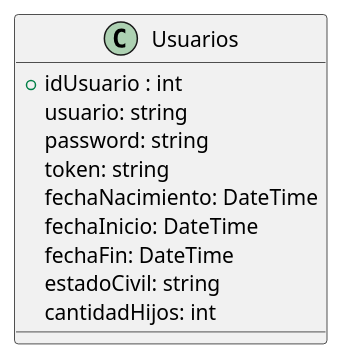
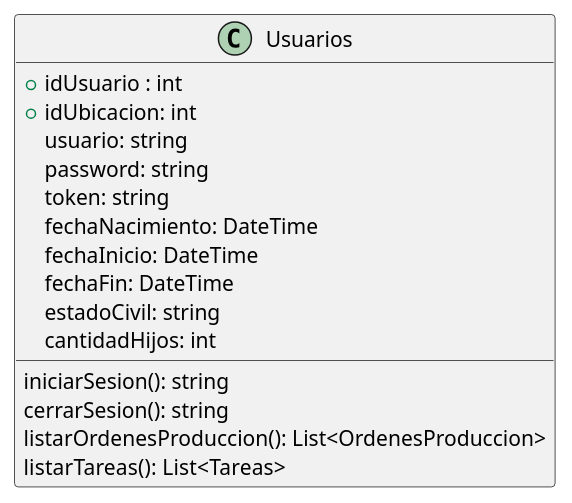
The diagram in DiagramaClases/Clases/Usuarios.puml (ZMGestion/DocumentacionZMGestion), drawn with PlantUML before and after one commit. The commit also changed 48 other files, not shown here.

Commit message:
Nuevo metodos diagrama de clases

```diff
--- a/DiagramaClases/Clases/Usuarios.puml
+++ b/DiagramaClases/Clases/Usuarios.puml
@@ -1,13 +1,19 @@
 @startuml Usuarios
 class Usuarios {
    +idUsuario : int
+   +idUbicacion: int
    usuario: string
    password: string
    token: string
    fechaNacimiento: DateTime
    fechaInicio: DateTime
    fechaFin: DateTime
    estadoCivil: string
    cantidadHijos: int
+
+   iniciarSesion(): string
+   cerrarSesion(): string
+   listarOrdenesProduccion(): List<OrdenesProduccion>
+   listarTareas(): List<Tareas>
 }
 @enduml
```
